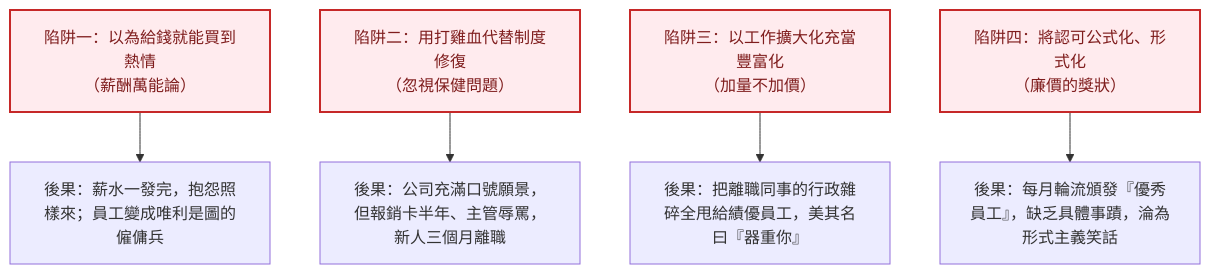
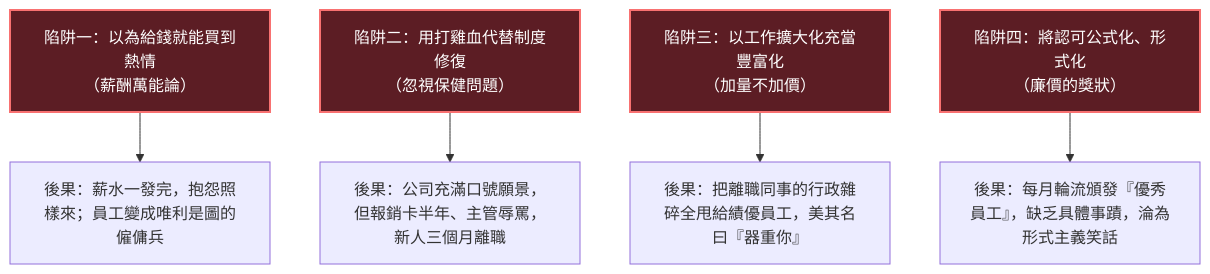
One commit to Jimlin0428/my-digital-garden changed the fifth of 5 diagrams in src/site/notes/98_商業概念庫/two-factor-theory_雙因素理論.md. Above: the diagram before and after it, drawn with Mermaid. The commit also changed other lines of this file and 58 other files, not shown here.

````diff
--- a/src/site/notes/98_商業概念庫/two-factor-theory_雙因素理論.md
+++ b/src/site/notes/98_商業概念庫/two-factor-theory_雙因素理論.md
@@ -259,12 +268,12 @@
 ```mermaid
 graph TD
     Trap1["陷阱一：以為給錢就能買到熱情<br/>（薪酬萬能論）"] --> E1["後果：薪水一發完，抱怨照樣來；員工變成唯利是圖的僱傭兵"]
     Trap2["陷阱二：用打雞血代替制度修復<br/>（忽視保健問題）"] --> E2["後果：公司充滿口號願景，但報銷卡半年、主管辱罵，新人三個月離職"]
     Trap3["陷阱三：以工作擴大化充當豐富化<br/>（加量不加價）"] --> E3["後果：把離職同事的行政雜碎全甩給績優員工，美其名曰『器重你』"]
     Trap4["陷阱四：將認可公式化、形式化<br/>（廉價的獎狀）"] --> E4["後果：每月輪流頒發『優秀員工』，缺乏具體事蹟，淪為形式主義笑話"]
 
-    style Trap1 fill:#ffebee,stroke:#c62828,stroke-width:2px,color:#7f1d1d
-    style Trap2 fill:#ffebee,stroke:#c62828,stroke-width:2px,color:#7f1d1d
-    style Trap3 fill:#ffebee,stroke:#c62828,stroke-width:2px,color:#7f1d1d
-    style Trap4 fill:#ffebee,stroke:#c62828,stroke-width:2px,color:#7f1d1d
+    style Trap1 fill:#5c1d24,stroke:#f87171,stroke-width:2px,color:#ffffff
+    style Trap2 fill:#5c1d24,stroke:#f87171,stroke-width:2px,color:#ffffff
+    style Trap3 fill:#5c1d24,stroke:#f87171,stroke-width:2px,color:#ffffff
+    style Trap4 fill:#5c1d24,stroke:#f87171,stroke-width:2px,color:#ffffff
 ```
````
